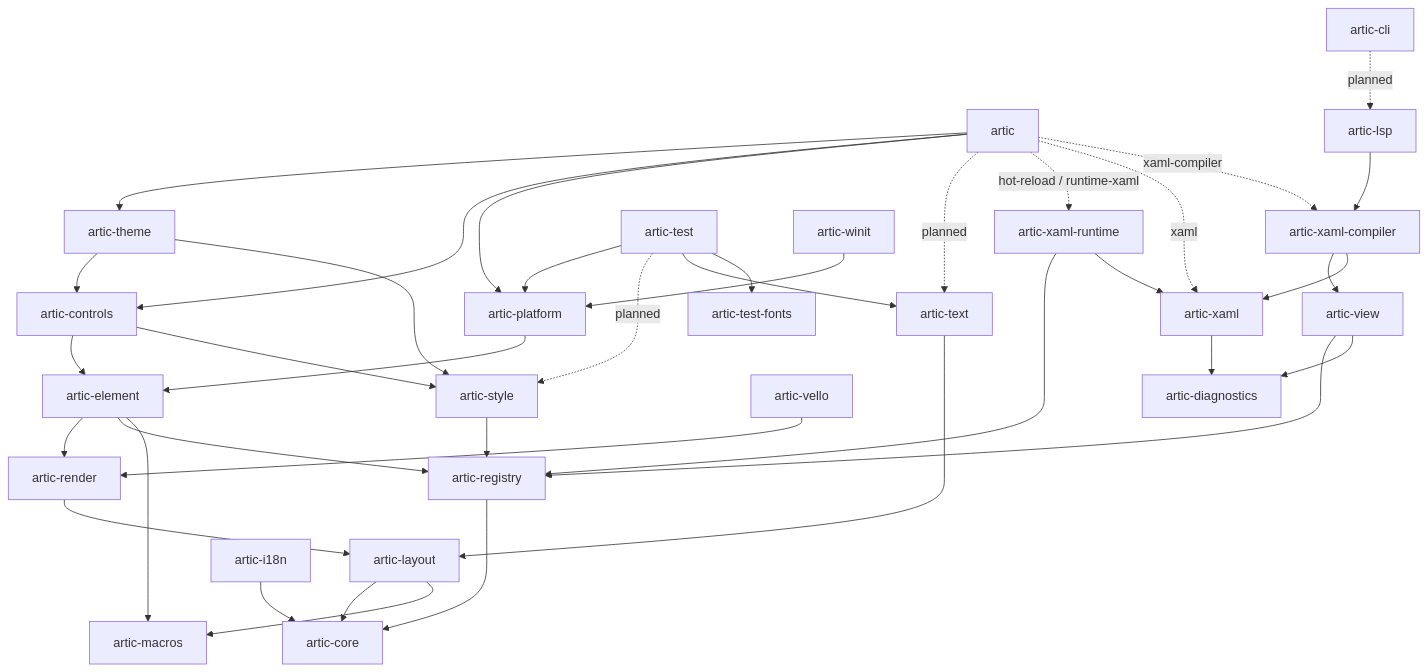
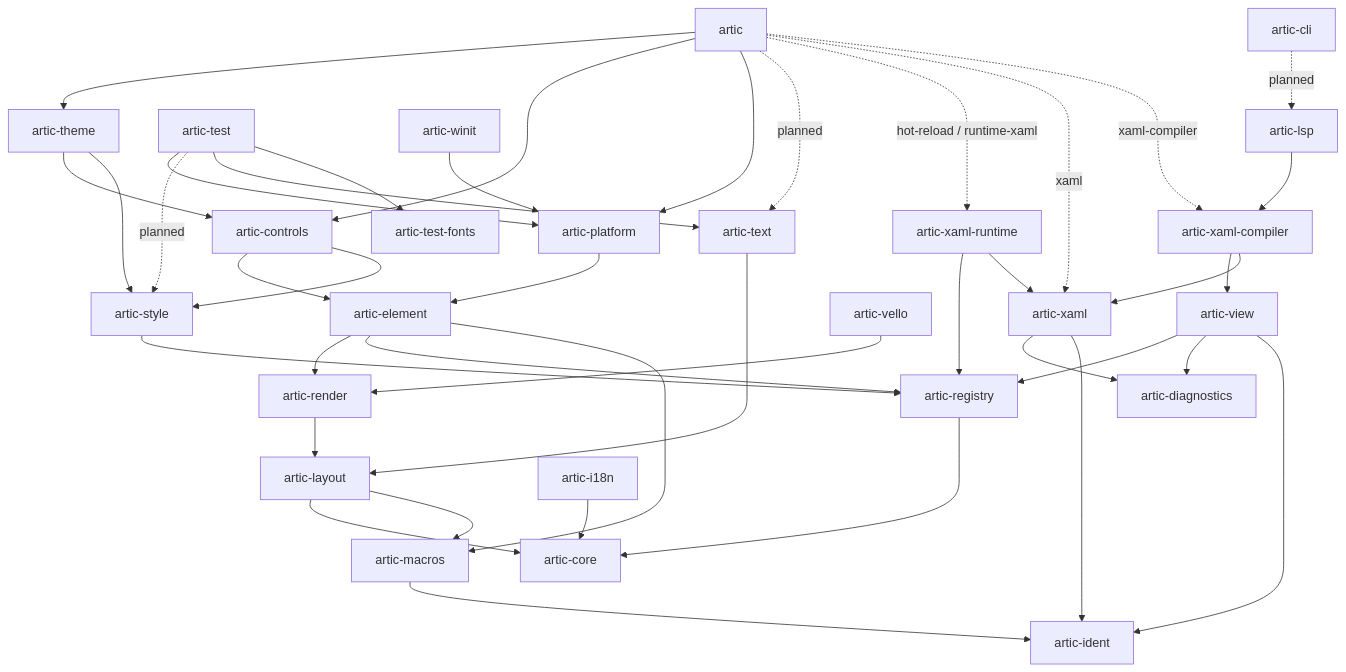
Before and after one commit to wolfware-labs/artic: the diagram in docs/architecture.md, drawn with Mermaid. The commit also changed other lines of this file and 33 other files, not shown here.

First line of the commit message:
feat: snake_case view fields, and artic-ident for identifier rules (#331)

````diff
--- a/docs/architecture.md
+++ b/docs/architecture.md
@@ -35,49 +36,52 @@
 ```mermaid
 flowchart TD
   artic --> theme[artic-theme]
   artic --> controls[artic-controls]
   artic --> platform[artic-platform]
   artic -. planned .-> text[artic-text]
   artic -. hot-reload / runtime-xaml .-> runtime[artic-xaml-runtime]
   artic -. xaml .-> xaml
   artic -. xaml-compiler .-> compiler
 
   theme --> controls
   theme --> styles[artic-style]
 
   controls --> element[artic-element]
   controls --> styles
 
   platform --> element
 
   element --> render[artic-render]
   element --> registry[artic-registry]
   element --> macros[artic-macros]
 
   test[artic-test] --> platform
   test -. planned .-> styles
   test --> text
   test --> fonts[artic-test-fonts]
 
   winit[artic-winit] --> platform
   vello[artic-vello] --> render
 
   cli[artic-cli] -. planned .-> lsp[artic-lsp]
   lsp --> compiler[artic-xaml-compiler]
 
   render --> layout[artic-layout]
   text --> layout
   styles --> registry
   compiler --> view[artic-view]
   view --> registry
   view --> diagnostics
   compiler --> xaml[artic-xaml]
   xaml --> diagnostics[artic-diagnostics]
   runtime --> registry
   runtime --> xaml
 
   registry --> core[artic-core]
   layout --> core
   layout --> macros
+  macros --> ident[artic-ident]
+  xaml --> ident
+  view --> ident
   i18n[artic-i18n] --> core
 ```
````
